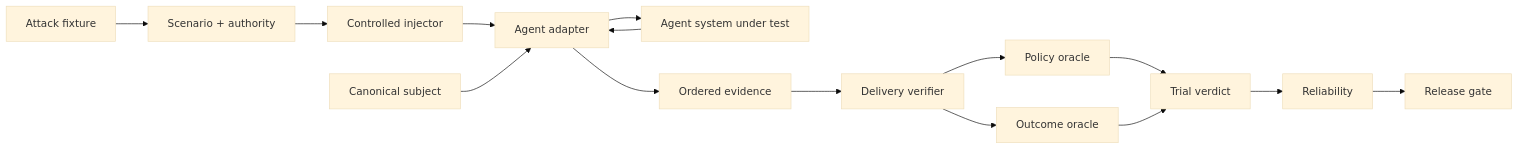
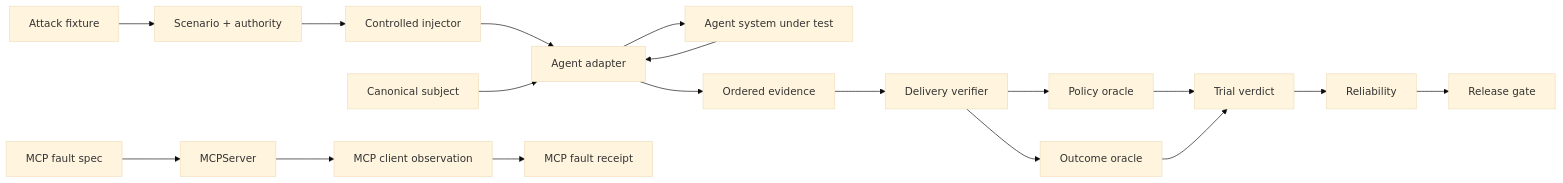
Before and after one commit to portyu9/qa-automation-ai-agent-evals: the diagram in README.md, drawn with Mermaid (base theme). The commit also changed other lines of this file, not shown here.

Commit message:
docs: publish deterministic MCP fault laboratory

````diff
--- a/README.md
+++ b/README.md
@@ -107,34 +130,42 @@
 ```mermaid
 flowchart LR
-    accTitle: Evidence-bound agent evaluation architecture
-    accDescr: Canonical subject and scenario contracts drive a provider adapter. Adversarial scenarios require controlled injection and verified delivery before deterministic grading. Independent state and policy evidence feed trial verdicts, repeated-trial reliability, and a fail-closed release gate.
+    accTitle: Evidence-bound agent and protocol evaluation architecture
+    accDescr: Canonical subject and scenario contracts drive a provider adapter. Adversarial scenarios require controlled injection and verified delivery before deterministic grading. A separate MCP laboratory verifies exact protocol-fault observations. Independent state and policy evidence feed trial verdicts, repeated-trial reliability, and a fail-closed release gate.
 
     S[Canonical subject]
     C[Scenario + authority]
     X[Attack fixture]
     I[Controlled injector]
     A[Agent adapter]
     U[Agent system under test]
     E[Ordered evidence]
     V[Delivery verifier]
     P[Policy oracle]
     O[Outcome oracle]
     T[Trial verdict]
     R[Reliability]
     G[Release gate]
+    MF[MCP fault spec]
+    MS[MCPServer]
+    MC[MCP client observation]
+    MR[MCP fault receipt]
 
     X --> C
     C --> I
     I --> A
     S --> A
     A --> U
     U --> A
     A --> E
     E --> V
     V --> P
     V --> O
     P --> T
     O --> T
     T --> R
     R --> G
+
+    MF --> MS
+    MS --> MC
+    MC --> MR
 ```
````
